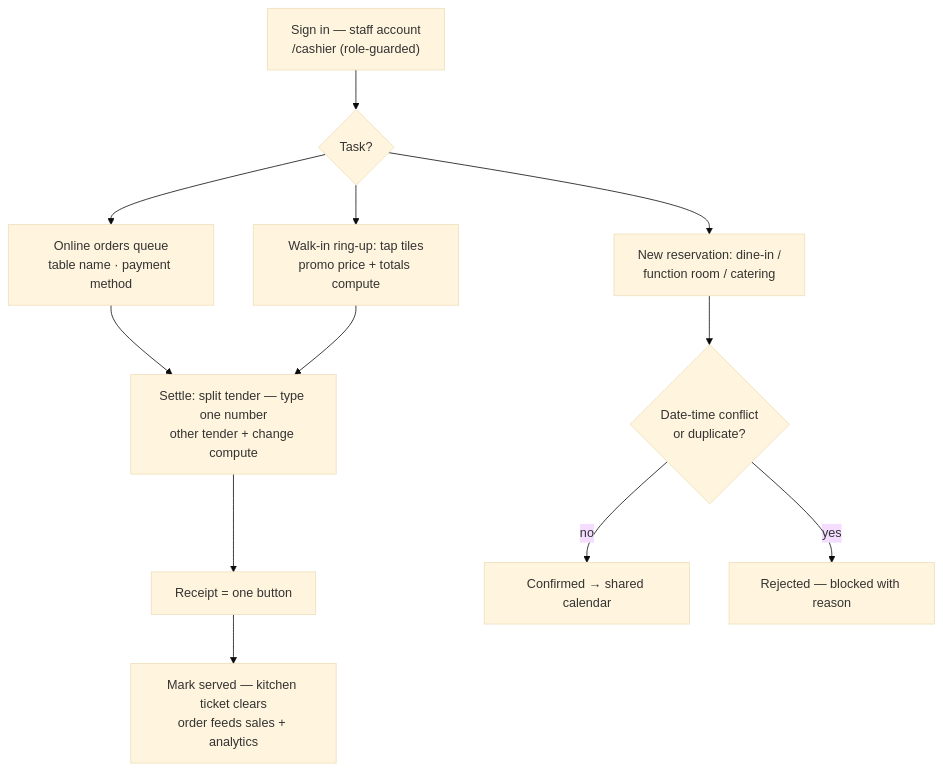
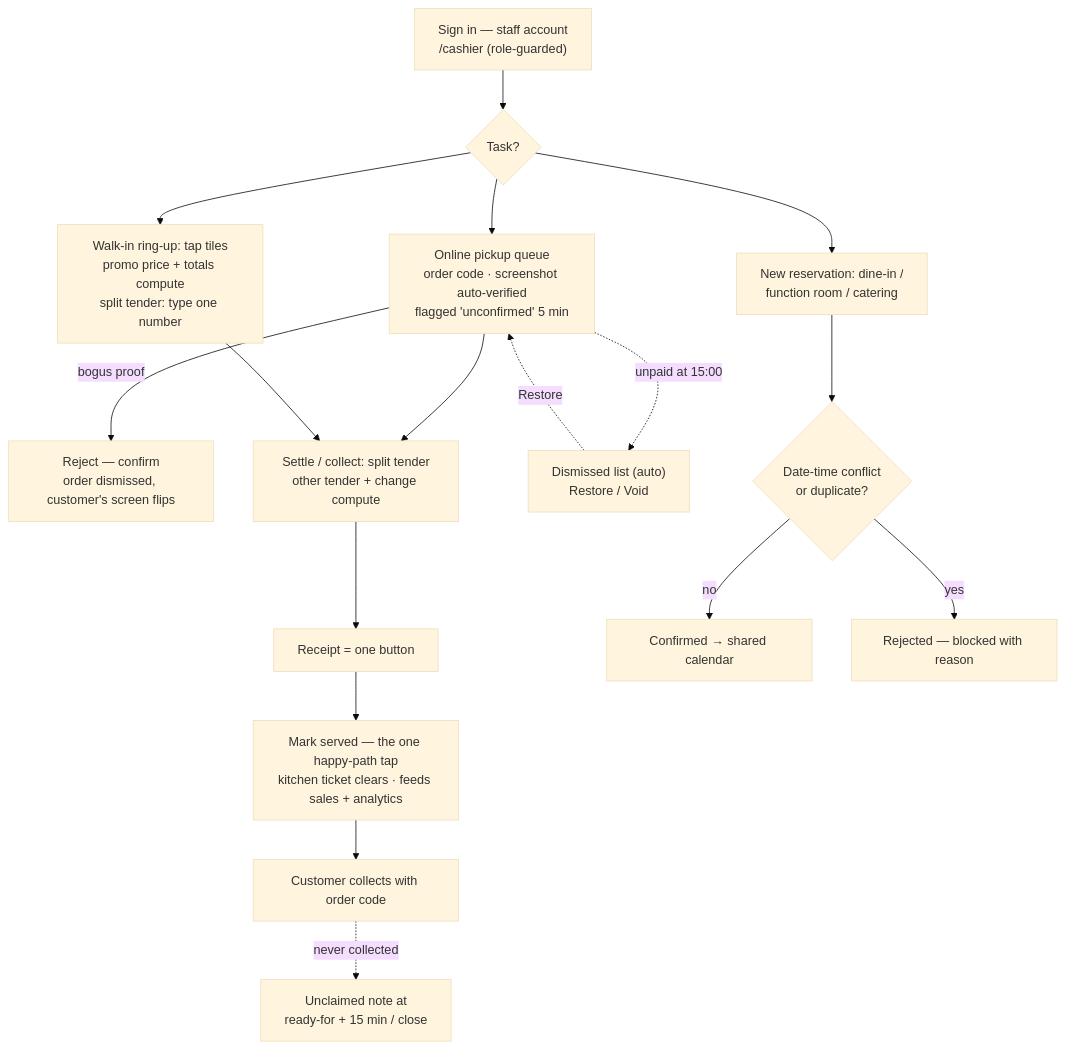
One commit to S1NXIAN/CRNP changed the diagram in docs/flow-charts/cashier.md. Above: the diagram before and after it, drawn with Mermaid (base theme). The commit also changed other lines of this file and 3 other files, not shown here.

First line of the commit message:
docs(plan): redesign checkout as pickup GCash flow

````diff
--- a/docs/flow-charts/cashier.md
+++ b/docs/flow-charts/cashier.md
@@ -3,14 +6,19 @@
 ```mermaid
 flowchart TD
     A["Sign in — staff account<br/>/cashier (role-guarded)"] --> B{"Task?"}
-    B --> C["Online orders queue<br/>table name · payment method"]
-    B --> D["Walk-in ring-up: tap tiles<br/>promo price + totals compute"]
+    B --> C["Online pickup queue<br/>order code · screenshot auto-verified<br/>flagged 'unconfirmed' 5 min"]
+    B --> D["Walk-in ring-up: tap tiles<br/>promo price + totals compute<br/>split tender: type one number"]
     B --> E["New reservation: dine-in /<br/>function room / catering"]
-    C --> F["Settle: split tender — type one number<br/>other tender + change compute"]
+    C -->|"bogus proof"| R["Reject — confirm<br/>order dismissed, customer's screen flips"]
+    C --> F["Settle / collect: split tender<br/>other tender + change compute"]
     D --> F
     F --> G["Receipt = one button"]
-    G --> H["Mark served — kitchen ticket clears<br/>order feeds sales + analytics"]
-    E --> I{"Date-time conflict<br/>or duplicate?"}
-    I -->|"no"| J["Confirmed → shared calendar"]
-    I -->|"yes"| K["Rejected — blocked with reason"]
+    G --> H["Mark served — the one happy-path tap<br/>kitchen ticket clears · feeds sales + analytics"]
+    H --> I["Customer collects with order code"]
+    I -.->|"never collected"| U["Unclaimed note at<br/>ready-for + 15 min / close"]
+    C -.->|"unpaid at 15:00"| X["Dismissed list (auto)<br/>Restore / Void"]
+    X -.->|"Restore"| C
+    E --> J{"Date-time conflict<br/>or duplicate?"}
+    J -->|"no"| K["Confirmed → shared calendar"]
+    J -->|"yes"| L["Rejected — blocked with reason"]
 ```
````
